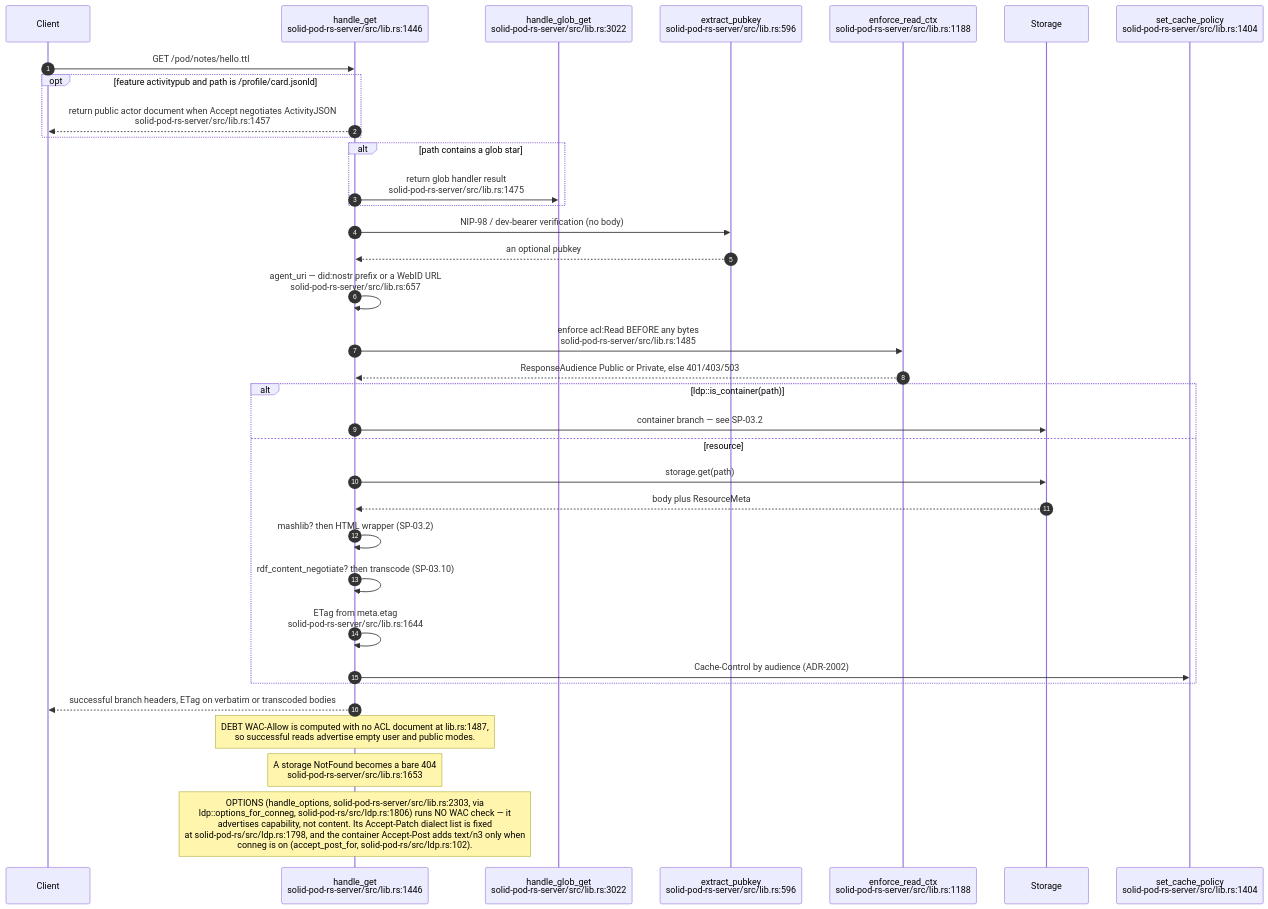
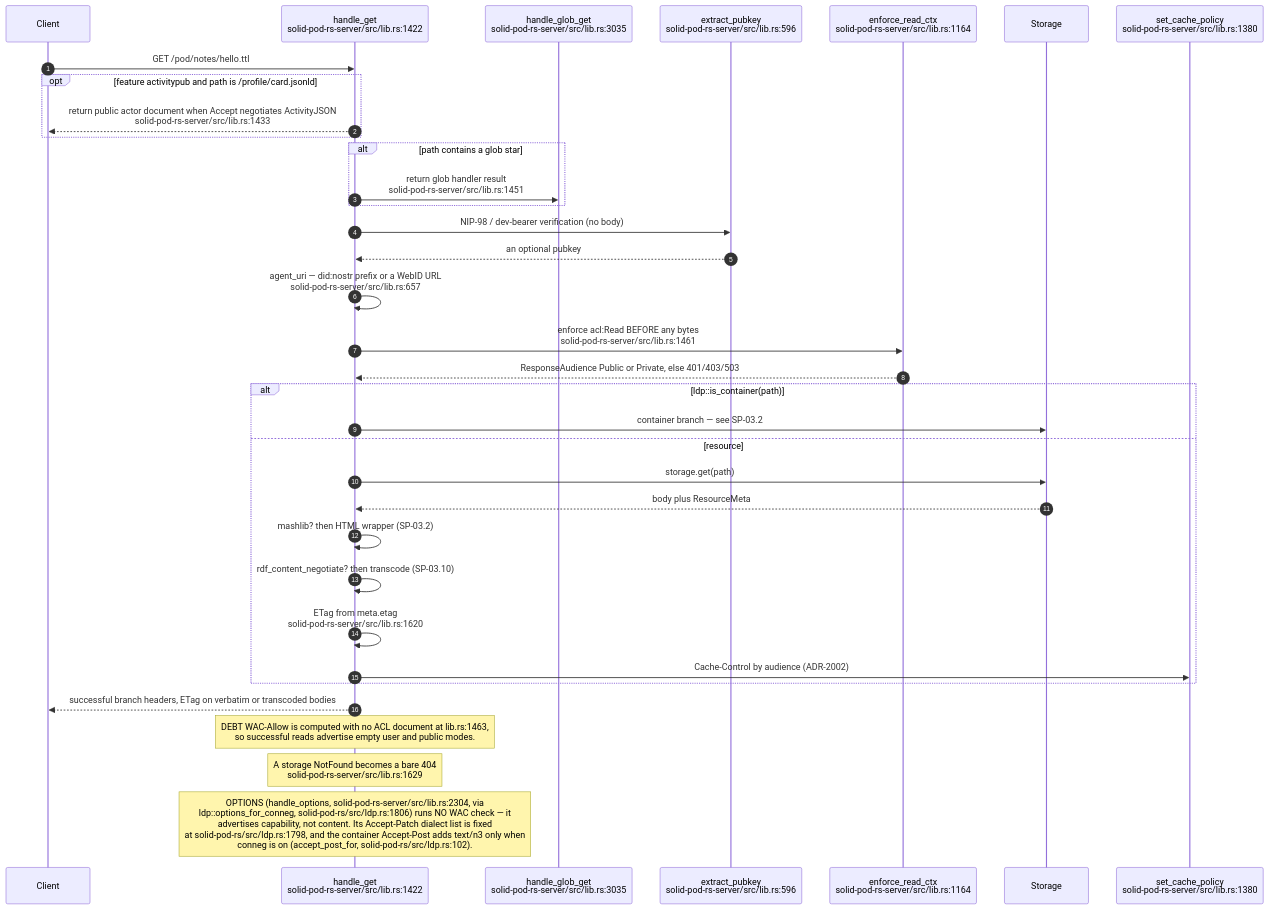
Before and after one commit to DreamLab-AI/VisionFlow: the first of 11 diagrams in docs/diagrams/solid-pod-rs/03-ldp-request-lifecycle.md, drawn with Mermaid. The commit also changed other lines of this file and 47 other files, not shown here.

````diff
--- a/docs/diagrams/solid-pod-rs/03-ldp-request-lifecycle.md
+++ b/docs/diagrams/solid-pod-rs/03-ldp-request-lifecycle.md
@@ -17,38 +18,38 @@
 ```mermaid
 sequenceDiagram
     autonumber
     participant C as Client
-    participant G as handle_get<br/>solid-pod-rs-server/src/lib.rs:1446
-    participant GL as handle_glob_get<br/>solid-pod-rs-server/src/lib.rs:3022
+    participant G as handle_get<br/>solid-pod-rs-server/src/lib.rs:1422
+    participant GL as handle_glob_get<br/>solid-pod-rs-server/src/lib.rs:3035
     participant AU as extract_pubkey<br/>solid-pod-rs-server/src/lib.rs:596
-    participant W as enforce_read_ctx<br/>solid-pod-rs-server/src/lib.rs:1188
+    participant W as enforce_read_ctx<br/>solid-pod-rs-server/src/lib.rs:1164
     participant S as Storage
-    participant CP as set_cache_policy<br/>solid-pod-rs-server/src/lib.rs:1404
+    participant CP as set_cache_policy<br/>solid-pod-rs-server/src/lib.rs:1380
 
     C->>G: GET /pod/notes/hello.ttl
     opt feature activitypub and path is /profile/card.jsonld
-        G-->>C: return public actor document when Accept negotiates ActivityJSON<br/>solid-pod-rs-server/src/lib.rs:1457
+        G-->>C: return public actor document when Accept negotiates ActivityJSON<br/>solid-pod-rs-server/src/lib.rs:1433
     end
     alt path contains a glob star
-        G->>GL: return glob handler result<br/>solid-pod-rs-server/src/lib.rs:1475
+        G->>GL: return glob handler result<br/>solid-pod-rs-server/src/lib.rs:1451
     end
     G->>AU: NIP-98 / dev-bearer verification (no body)
     AU-->>G: an optional pubkey
     G->>G: agent_uri — did:nostr prefix or a WebID URL<br/>solid-pod-rs-server/src/lib.rs:657
-    G->>W: enforce acl:Read BEFORE any bytes<br/>solid-pod-rs-server/src/lib.rs:1485
+    G->>W: enforce acl:Read BEFORE any bytes<br/>solid-pod-rs-server/src/lib.rs:1461
     W-->>G: ResponseAudience Public or Private, else 401/403/503
     alt ldp::is_container(path)
         G->>S: container branch — see SP-03.2
     else resource
         G->>S: storage.get(path)
         S-->>G: body plus ResourceMeta
         G->>G: mashlib? then HTML wrapper (SP-03.2)
         G->>G: rdf_content_negotiate? then transcode (SP-03.10)
-        G->>G: ETag from meta.etag<br/>solid-pod-rs-server/src/lib.rs:1644
+        G->>G: ETag from meta.etag<br/>solid-pod-rs-server/src/lib.rs:1620
         G->>CP: Cache-Control by audience (ADR-2002)
     end
     G-->>C: successful branch headers, ETag on verbatim or transcoded bodies
-    Note over G: DEBT WAC-Allow is computed with no ACL document at lib.rs:1487,<br/>so successful reads advertise empty user and public modes.
-    Note over G: A storage NotFound becomes a bare 404<br/>solid-pod-rs-server/src/lib.rs:1653
-    Note over G: OPTIONS (handle_options, solid-pod-rs-server/src/lib.rs:2303, via<br/>ldp::options_for_conneg, solid-pod-rs/src/ldp.rs:1806) runs NO WAC check — it<br/>advertises capability, not content. Its Accept-Patch dialect list is fixed<br/>at solid-pod-rs/src/ldp.rs:1798, and the container Accept-Post adds text/n3 only when<br/>conneg is on (accept_post_for, solid-pod-rs/src/ldp.rs:102).
+    Note over G: DEBT WAC-Allow is computed with no ACL document at lib.rs:1463,<br/>so successful reads advertise empty user and public modes.
+    Note over G: A storage NotFound becomes a bare 404<br/>solid-pod-rs-server/src/lib.rs:1629
+    Note over G: OPTIONS (handle_options, solid-pod-rs-server/src/lib.rs:2304, via<br/>ldp::options_for_conneg, solid-pod-rs/src/ldp.rs:1806) runs NO WAC check — it<br/>advertises capability, not content. Its Accept-Patch dialect list is fixed<br/>at solid-pod-rs/src/ldp.rs:1798, and the container Accept-Post adds text/n3 only when<br/>conneg is on (accept_post_for, solid-pod-rs/src/ldp.rs:102).
 ```
````
